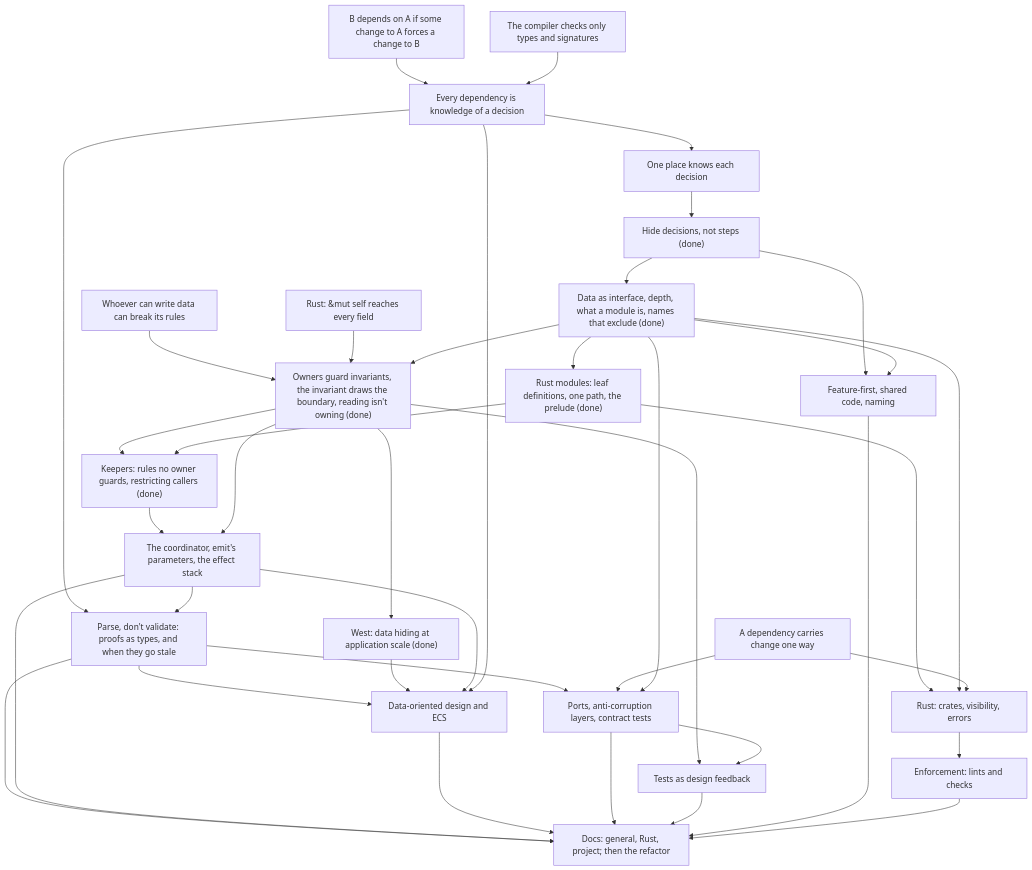
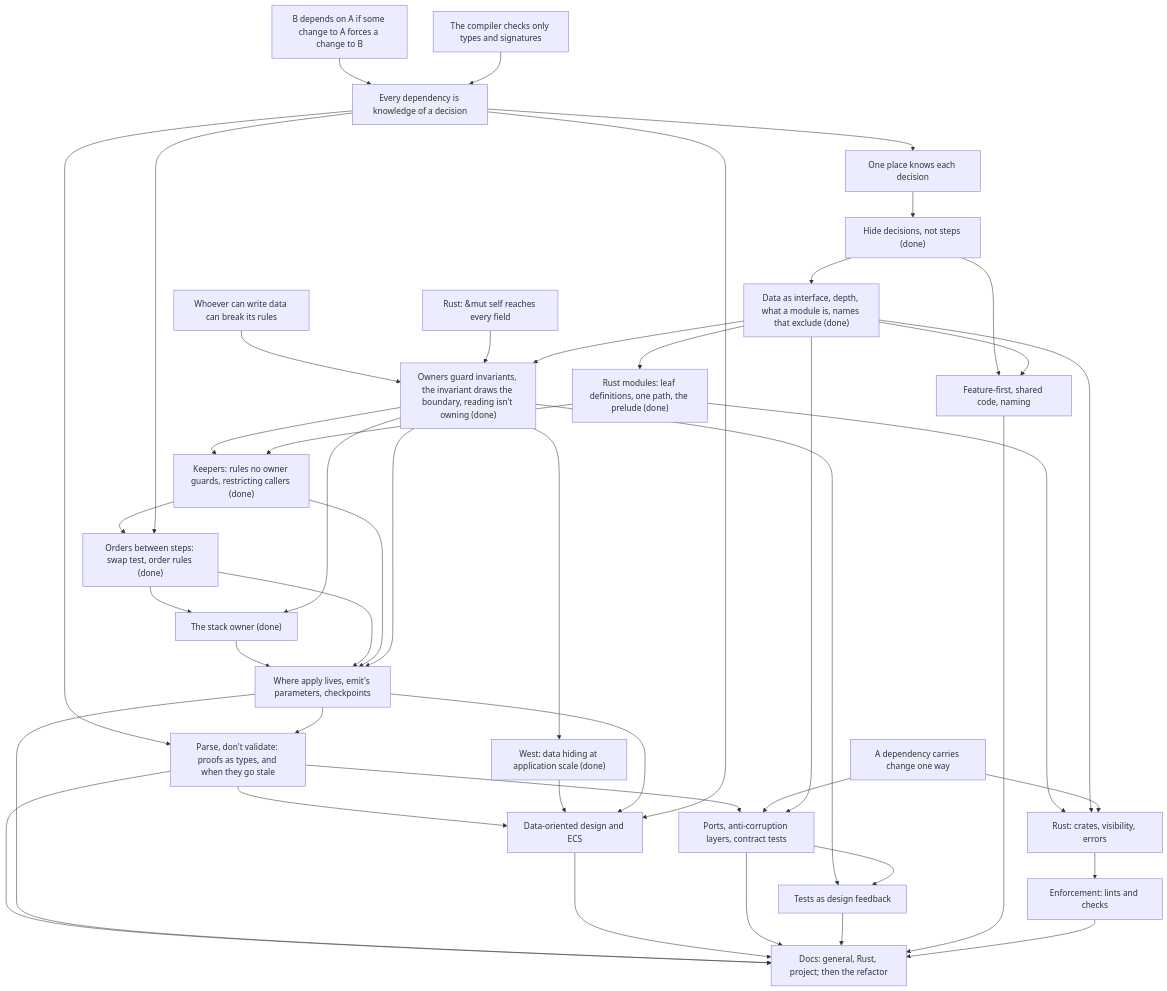
The diagram in docs/course/architecture/COURSE.md (EMachad0/CardGameEngine), drawn with Mermaid before and after one commit. The commit also changed other lines of this file and 5 other files, not shown here.

Commit message:
Close architecture session 02c: orders between steps, the stack owner; session log; prepare 02d log

````diff
--- a/docs/course/architecture/COURSE.md
+++ b/docs/course/architecture/COURSE.md
@@ -444,65 +500,73 @@
 ```mermaid
 graph TD
   U1["B depends on A if some change to A forces a change to B"]
   U2["The compiler checks only types and signatures"]
   R1["Every dependency is knowledge of a decision"]
   OP["One place knows each decision"]
   R2["Whoever can write data can break its rules"]
   R3["A dependency carries change one way"]
   R4["Rust: &mut self reaches every field"]
 
   H["Hide decisions, not steps (done)"]
   D["Data as interface, depth, what a module is, names that exclude (done)"]
   O["Owners guard invariants, the invariant draws the boundary, reading isn't owning (done)"]
   W["West: data hiding at application scale (done)"]
   K["Keepers: rules no owner guards, restricting callers (done)"]
-  C["The coordinator, emit's parameters, the effect stack"]
+  ORD["Orders between steps: swap test, order rules (done)"]
+  STK["The stack owner (done)"]
+  C["Where apply lives, emit's parameters, checkpoints"]
   PDV["Parse, don't validate: proofs as types, and when they go stale"]
   DOD["Data-oriented design and ECS"]
   P["Ports, anti-corruption layers, contract tests"]
   T["Tests as design feedback"]
   F["Feature-first, shared code, naming"]
   RM["Rust modules: leaf definitions, one path, the prelude (done)"]
   RS["Rust: crates, visibility, errors"]
   E["Enforcement: lints and checks"]
   DOCS["Docs: general, Rust, project; then the refactor"]
 
   U1-->R1
   U2-->R1
   R1-->OP
   OP-->H
   H-->D
   R2-->O
   R4-->O
   D-->O
   O-->W
   O-->K
   RM-->K
+  K-->ORD
+  R1-->ORD
+  ORD-->STK
+  O-->STK
+  STK-->C
+  ORD-->C
   K-->C
   O-->C
   R1-->PDV
   C-->PDV
   PDV-->DOD
   PDV-->P
   PDV-->DOCS
   W-->DOD
   C-->DOD
   R1-->DOD
   R3-->P
   D-->P
   O-->T
   P-->T
   H-->F
   D-->F
   D-->RM
   RM-->RS
   D-->RS
   R3-->RS
   RS-->E
   C-->DOCS
   DOD-->DOCS
   P-->DOCS
   T-->DOCS
   F-->DOCS
   E-->DOCS
 ```
````
